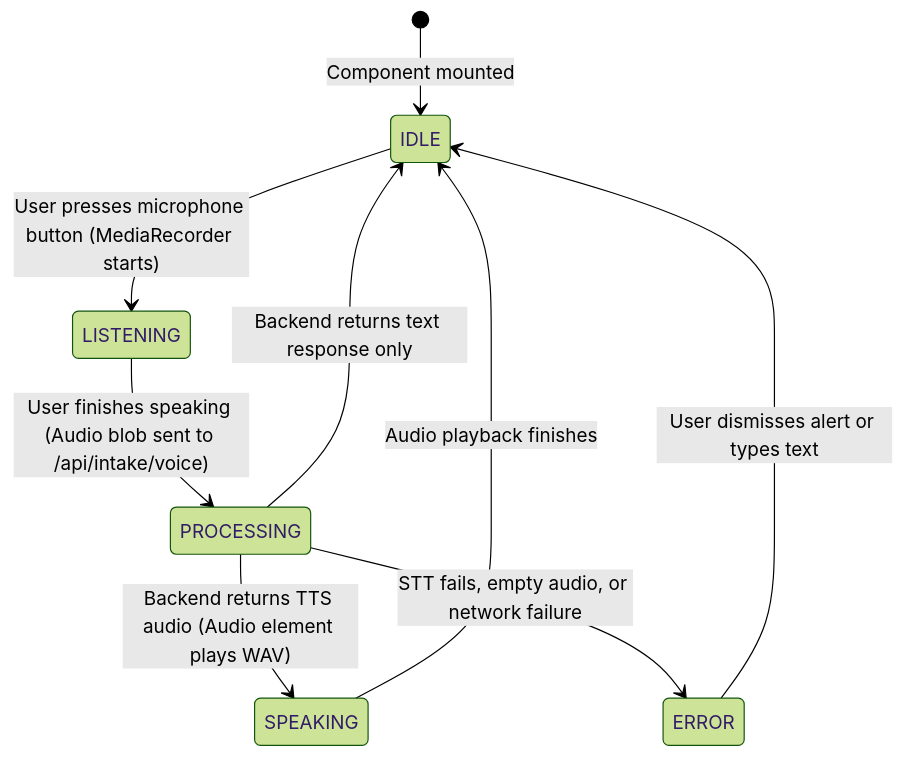
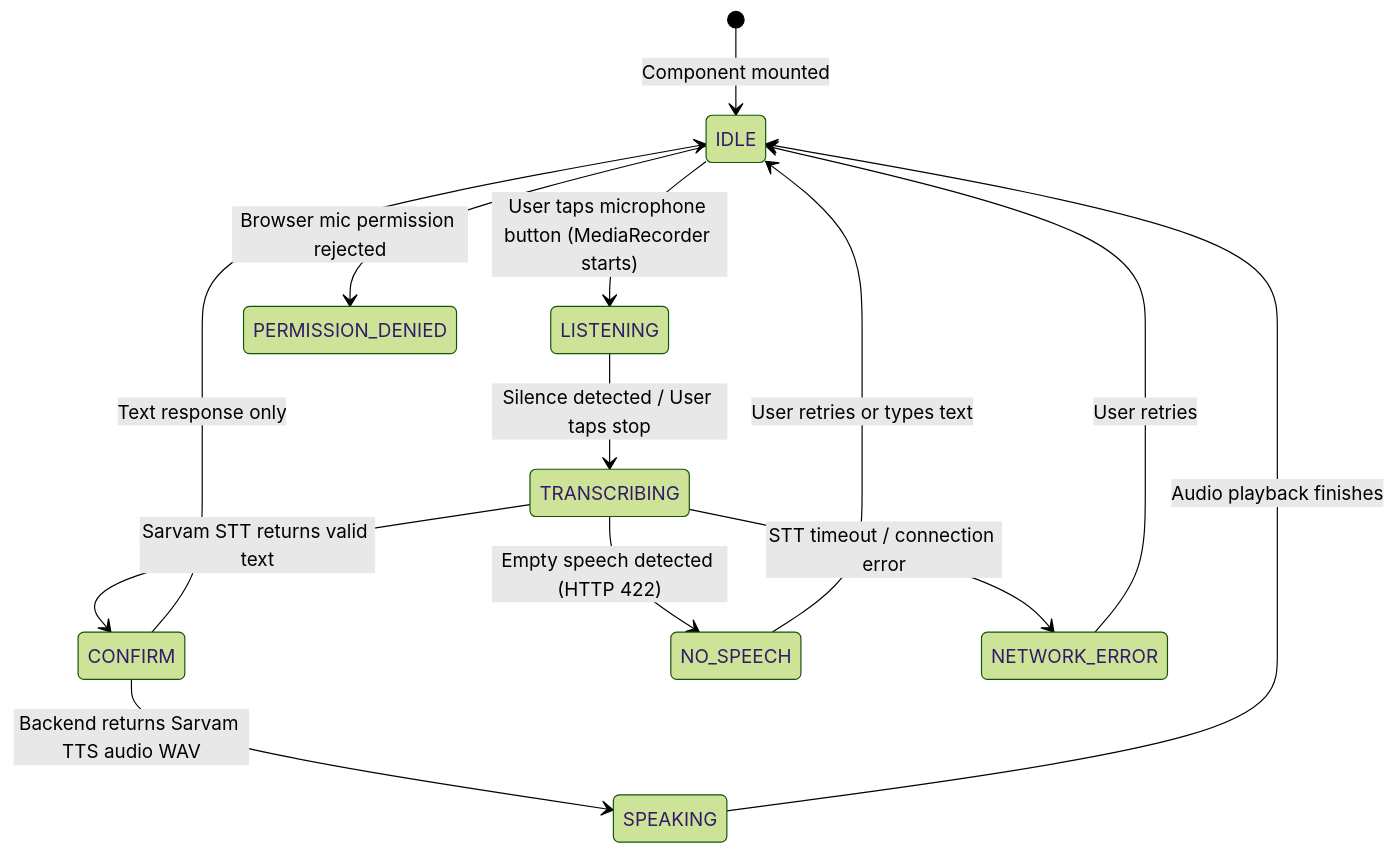
One commit to DakshChaudhary2668/MediKiosk changed the fifth of 6 diagrams in docs/state-machines.md. Above: the diagram before and after it, drawn with Mermaid (forest theme). The commit also changed other lines of this file and 33 other files, not shown here.

````diff
--- a/docs/state-machines.md
+++ b/docs/state-machines.md
@@ -70,12 +92,16 @@
 ```mermaid
 stateDiagram-v2
     [*] --> IDLE: Component mounted
 
-    IDLE --> LISTENING: User presses microphone button (MediaRecorder starts)
-    LISTENING --> PROCESSING: User finishes speaking (Audio blob sent to /api/intake/voice)
-    PROCESSING --> SPEAKING: Backend returns TTS audio (Audio element plays WAV)
-    PROCESSING --> IDLE: Backend returns text response only
-    PROCESSING --> ERROR: STT fails, empty audio, or network failure
+    IDLE --> LISTENING: User taps microphone button (MediaRecorder starts)
+    IDLE --> PERMISSION_DENIED: Browser mic permission rejected
+    LISTENING --> TRANSCRIBING: Silence detected / User taps stop
+    TRANSCRIBING --> CONFIRM: Sarvam STT returns valid text
+    TRANSCRIBING --> NO_SPEECH: Empty speech detected (HTTP 422)
+    TRANSCRIBING --> NETWORK_ERROR: STT timeout / connection error
+    CONFIRM --> SPEAKING: Backend returns Sarvam TTS audio WAV
+    CONFIRM --> IDLE: Text response only
     SPEAKING --> IDLE: Audio playback finishes
-    ERROR --> IDLE: User dismisses alert or types text
+    NO_SPEECH --> IDLE: User retries or types text
+    NETWORK_ERROR --> IDLE: User retries
 ```
````
